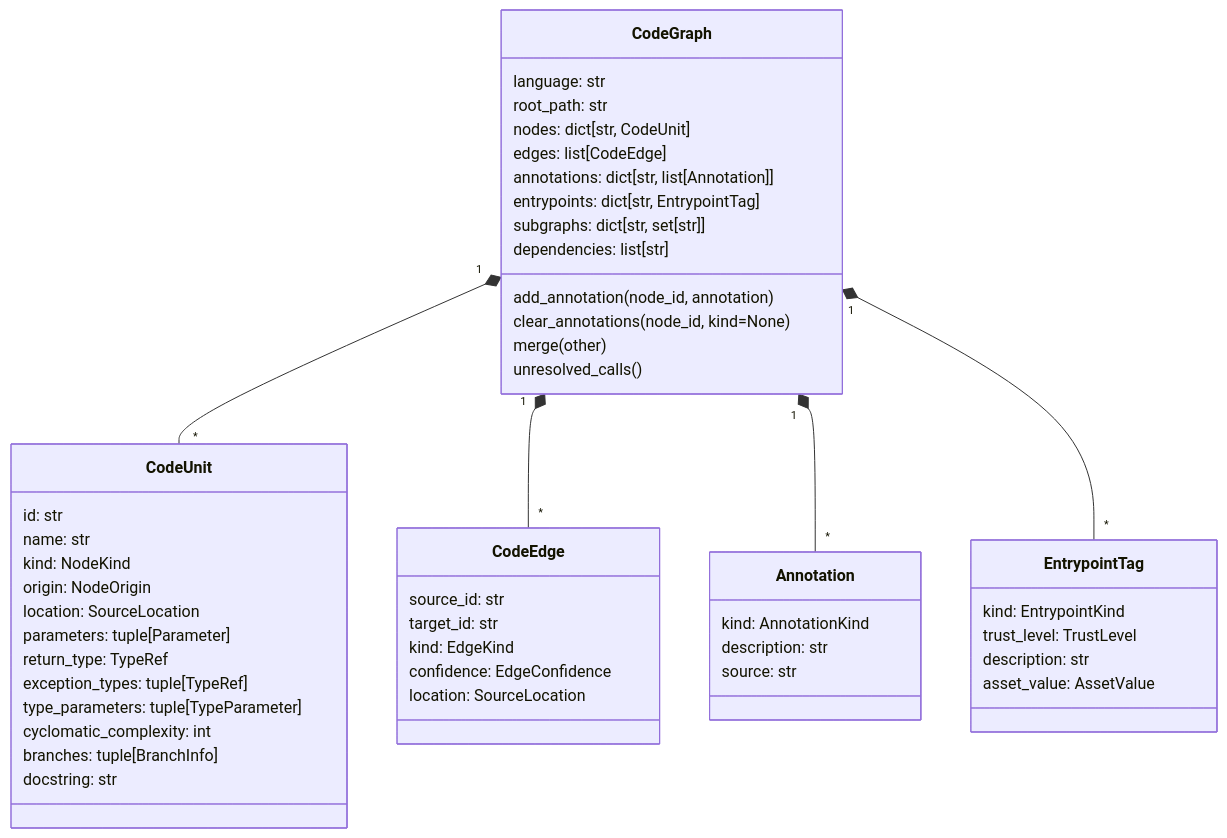
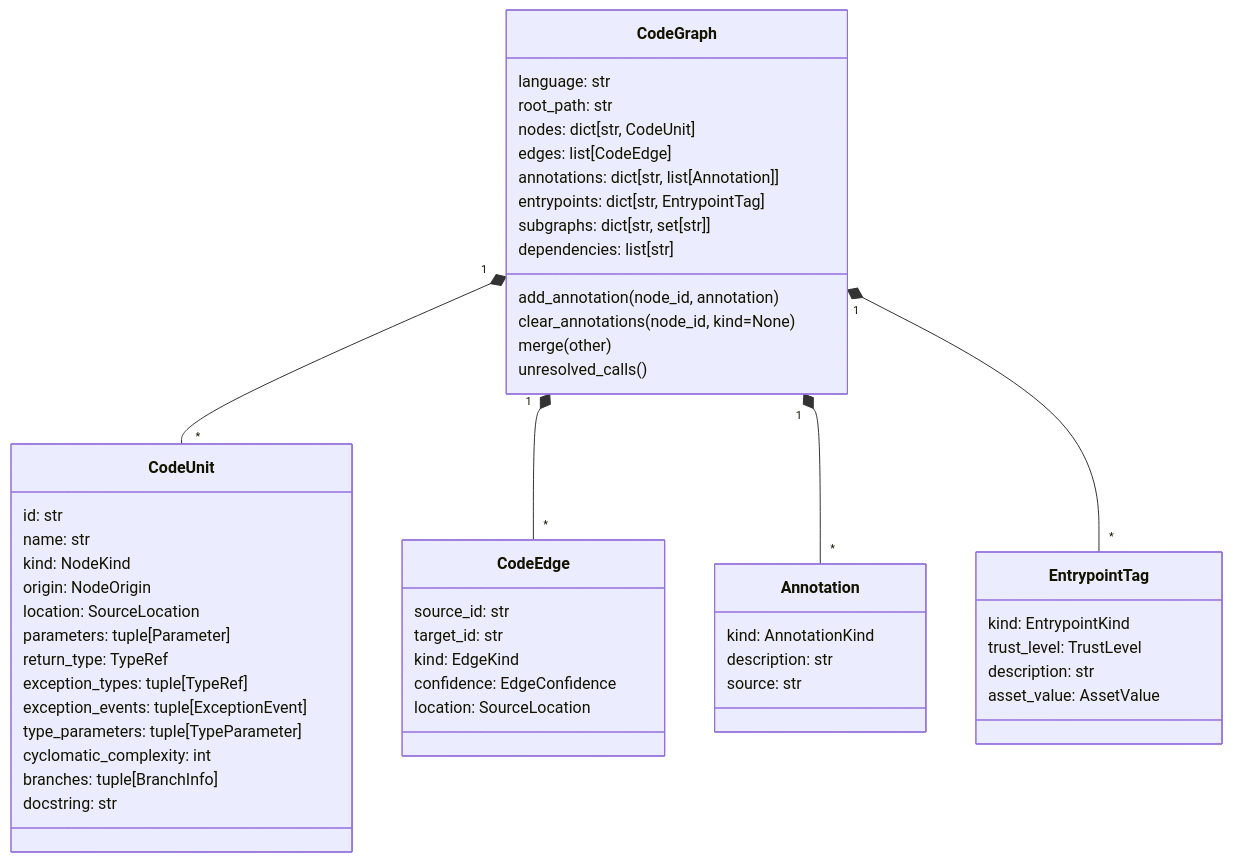
One commit to trailofbits/trailmark changed the diagram in docs/graph-model.md. Above: the diagram before and after it, drawn with Mermaid. The commit also changed other lines of this file and 173 other files, not shown here.

````diff
--- a/docs/graph-model.md
+++ b/docs/graph-model.md
@@ -7,58 +7,59 @@
 ```mermaid
 classDiagram
     class CodeGraph {
         language: str
         root_path: str
         nodes: dict[str, CodeUnit]
         edges: list[CodeEdge]
         annotations: dict[str, list[Annotation]]
         entrypoints: dict[str, EntrypointTag]
         subgraphs: dict[str, set[str]]
         dependencies: list[str]
         add_annotation(node_id, annotation)
         clear_annotations(node_id, kind=None)
         merge(other)
         unresolved_calls()
     }
 
     class CodeUnit {
         id: str
         name: str
         kind: NodeKind
         origin: NodeOrigin
         location: SourceLocation
         parameters: tuple[Parameter]
         return_type: TypeRef
         exception_types: tuple[TypeRef]
+        exception_events: tuple[ExceptionEvent]
         type_parameters: tuple[TypeParameter]
         cyclomatic_complexity: int
         branches: tuple[BranchInfo]
         docstring: str
     }
 
     class CodeEdge {
         source_id: str
         target_id: str
         kind: EdgeKind
         confidence: EdgeConfidence
         location: SourceLocation
     }
 
     class Annotation {
         kind: AnnotationKind
         description: str
         source: str
     }
 
     class EntrypointTag {
         kind: EntrypointKind
         trust_level: TrustLevel
         description: str
         asset_value: AssetValue
     }
 
     CodeGraph "1" *-- "*" CodeUnit
     CodeGraph "1" *-- "*" CodeEdge
     CodeGraph "1" *-- "*" Annotation
     CodeGraph "1" *-- "*" EntrypointTag
 ```
````
